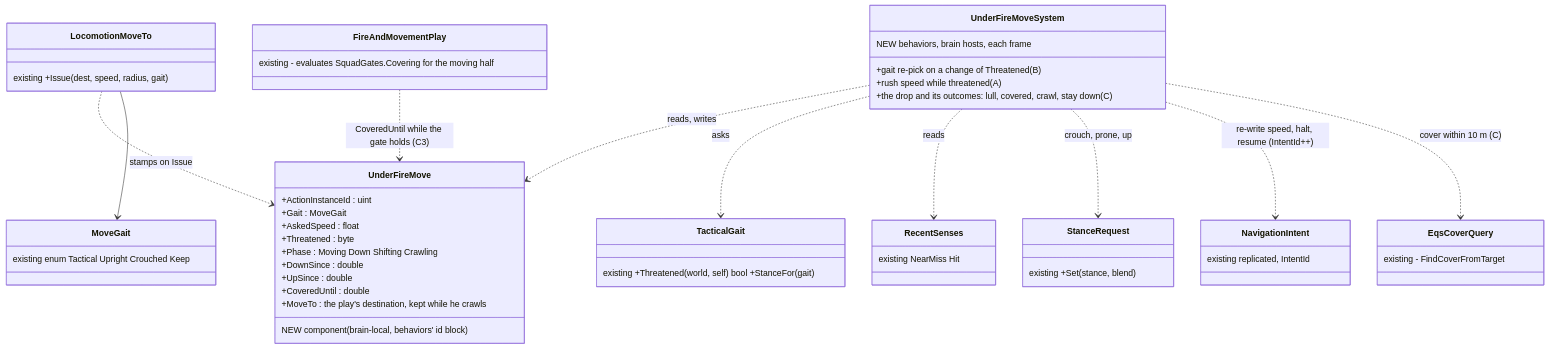
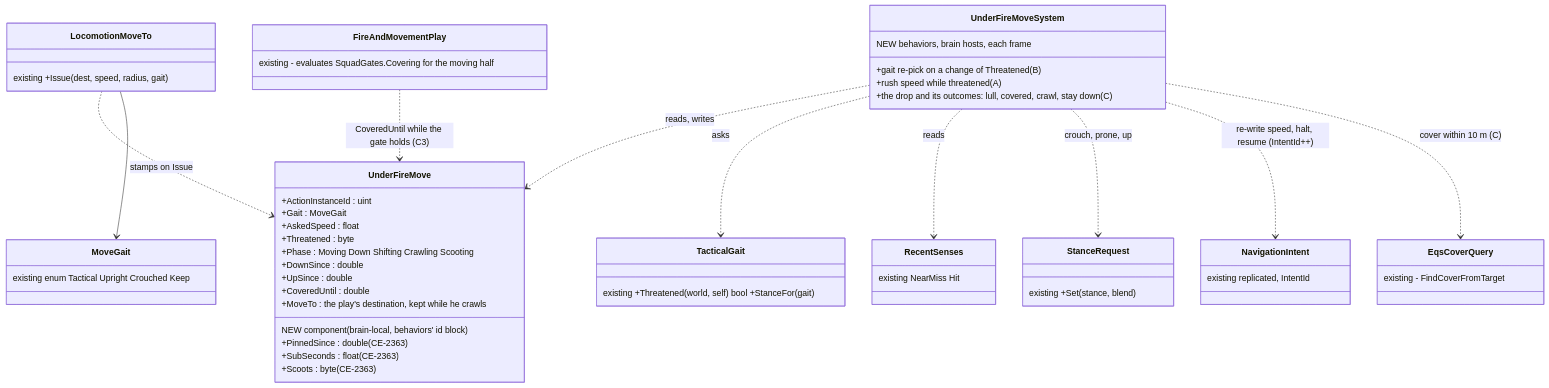
The first of 3 diagrams in docs/blueprints/Architect_Question_96_Movement_Under_Fire.md (pjanec/HROT), drawn with Mermaid before and after one commit. The commit also changed other lines of this file and 6 other files, not shown here.

````diff
--- a/docs/blueprints/Architect_Question_96_Movement_Under_Fire.md
+++ b/docs/blueprints/Architect_Question_96_Movement_Under_Fire.md
@@ -60,38 +60,41 @@
 ```mermaid
 classDiagram
   class LocomotionMoveTo { existing +Issue(dest, speed, radius, gait) }
   class TacticalGait { existing +Threatened(world, self) bool +StanceFor(gait) }
   class MoveGait { existing enum Tactical Upright Crouched Keep }
   class UnderFireMove {
     NEW component (brain-local, behaviors' id block)
     +ActionInstanceId : uint
     +Gait : MoveGait
     +AskedSpeed : float
     +Threatened : byte
-    +Phase : Moving Down Shifting Crawling
+    +Phase : Moving Down Shifting Crawling Scooting
     +DownSince : double
+    +PinnedSince : double (CE-2363)
+    +SubSeconds : float (CE-2363)
+    +Scoots : byte (CE-2363)
     +UpSince : double
     +CoveredUntil : double
     +MoveTo : the play's destination, kept while he crawls
   }
   class UnderFireMoveSystem {
     NEW behaviors, brain hosts, each frame
     +gait re-pick on a change of Threatened (B)
     +rush speed while threatened (A)
     +the drop and its outcomes: lull, covered, crawl, stay down (C)
   }
   class FireAndMovementPlay { existing - evaluates SquadGates.Covering for the moving half }
   class EqsCoverQuery { existing - FindCoverFromTarget }
   class StanceRequest { existing +Set(stance, blend) }
   class NavigationIntent { existing replicated, IntentId }
   class RecentSenses { existing NearMiss Hit }
   LocomotionMoveTo ..> UnderFireMove : stamps on Issue
   UnderFireMoveSystem ..> UnderFireMove : reads, writes
   UnderFireMoveSystem ..> TacticalGait : asks
   UnderFireMoveSystem ..> RecentSenses : reads
   UnderFireMoveSystem ..> StanceRequest : crouch, prone, up
   UnderFireMoveSystem ..> NavigationIntent : re-write speed, halt, resume (IntentId++)
   LocomotionMoveTo --> MoveGait
   FireAndMovementPlay ..> UnderFireMove : CoveredUntil while the gate holds (C3)
   UnderFireMoveSystem ..> EqsCoverQuery : cover within 10 m (C)
 ```
````
